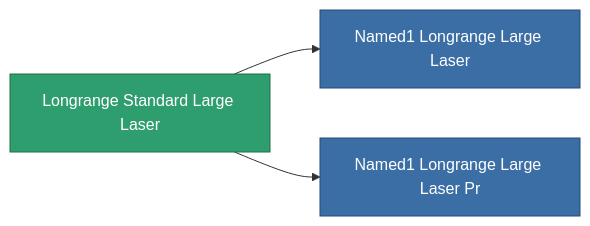
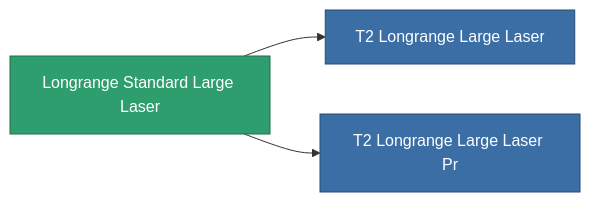
One commit to OpenPerpetuum/Wiki changed the diagram in content/content/items/longrange_standard_large_laser.md. Above: the diagram before and after it, drawn with Mermaid. The commit also changed other lines of this file and 4904 other files, not shown here.

````diff
--- a/content/content/items/longrange_standard_large_laser.md
+++ b/content/content/items/longrange_standard_large_laser.md
@@ -66,13 +50,13 @@
 ```mermaid
 graph LR
     a["Longrange Standard Large Laser"]:::current
-    b["Named1 Longrange Large Laser"]:::prod
+    b["T2 Longrange Large Laser"]:::prod
     a --> b
-    click b "/content/items/named1-longrange-large-laser/" "Named1 Longrange Large Laser"
-    c["Named1 Longrange Large Laser Pr"]:::prod
+    click b "/content/items/named1-longrange-large-laser/" "T2 Longrange Large Laser"
+    c["T2 Longrange Large Laser Pr"]:::prod
     a --> c
-    click c "/content/items/named1-longrange-large-laser-pr/" "Named1 Longrange Large Laser Pr"
+    click c "/content/items/named1-longrange-large-laser-pr/" "T2 Longrange Large Laser Pr"
     classDef current fill:#2f9e6f,stroke:#1f6f4a,color:#ffffff
     classDef prod fill:#3b6ea5,stroke:#274a75,color:#ffffff
     classDef more fill:#39445a,stroke:#54658a,color:#d5dbe8
 ```
````
